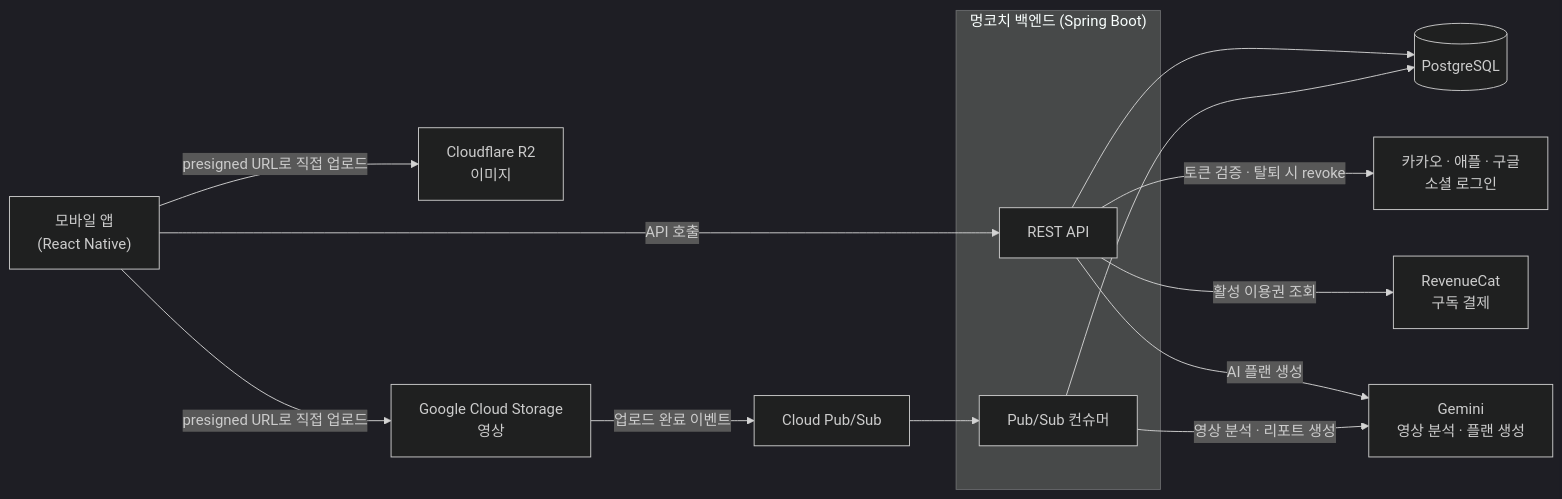
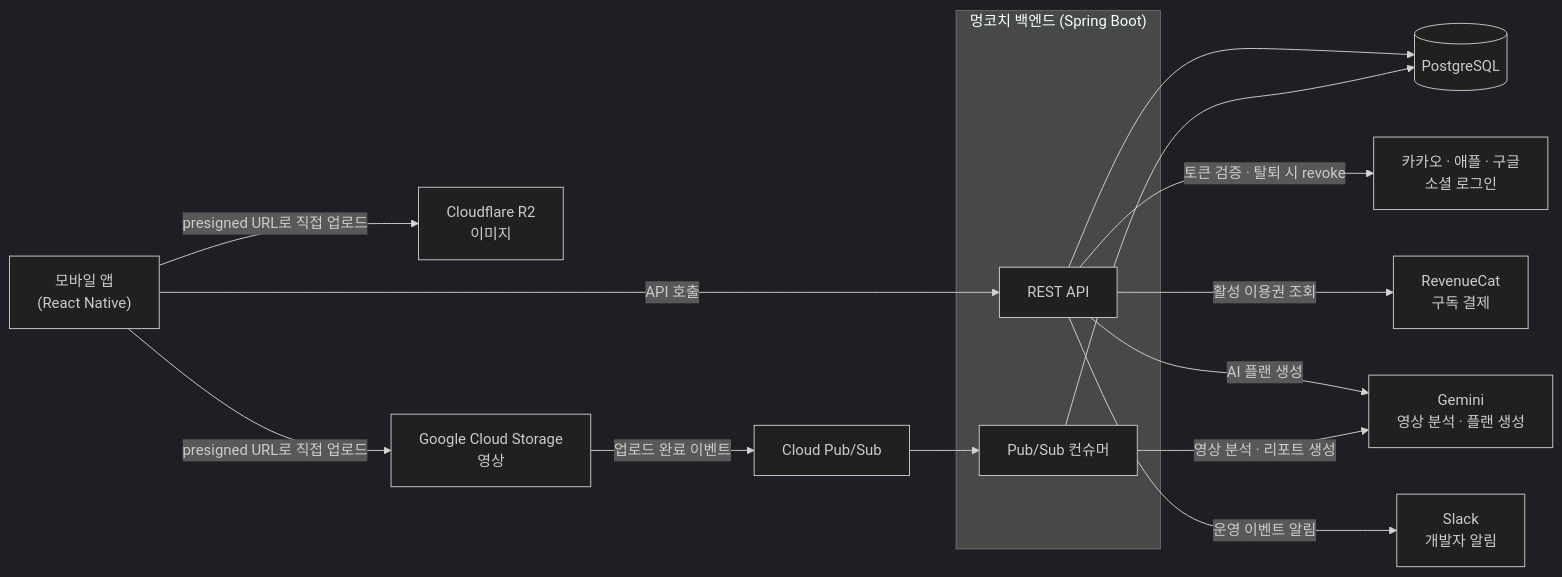
Before and after one commit to DaeSaBu/meongcoach-BE: the diagram in README.md, drawn with Mermaid (dark theme). The commit also changed other lines of this file and 5 other files, not shown here.

````diff
--- a/README.md
+++ b/README.md
@@ -23,29 +23,31 @@
 ```mermaid
 flowchart LR
     App["모바일 앱<br/>(React Native)"]
 
     subgraph Backend["멍코치 백엔드 (Spring Boot)"]
         API["REST API"]
         Consumer["Pub/Sub 컨슈머"]
     end
 
     DB[("PostgreSQL")]
     Social["카카오 · 애플 · 구글<br/>소셜 로그인"]
     RC["RevenueCat<br/>구독 결제"]
     Gemini["Gemini<br/>영상 분석 · 플랜 생성"]
     R2["Cloudflare R2<br/>이미지"]
     GCS["Google Cloud Storage<br/>영상"]
     PubSub["Cloud Pub/Sub"]
+    Slack["Slack<br/>개발자 알림"]
 
     App -->|"API 호출"| API
     App -->|"presigned URL로 직접 업로드"| R2
     App -->|"presigned URL로 직접 업로드"| GCS
     API --> DB
     API -->|"토큰 검증 · 탈퇴 시 revoke"| Social
     API -->|"활성 이용권 조회"| RC
     API -->|"AI 플랜 생성"| Gemini
     GCS -->|"업로드 완료 이벤트"| PubSub
     PubSub --> Consumer
     Consumer -->|"영상 분석 · 리포트 생성"| Gemini
     Consumer --> DB
+    API -->|"운영 이벤트 알림"| Slack
 ```
````
